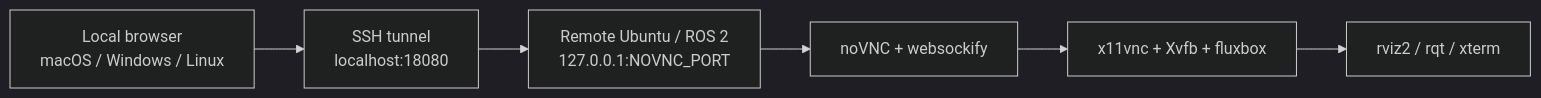
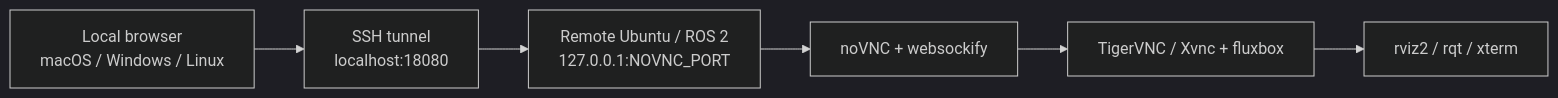
The diagram in README.en.md (lizuju/ros2-web-desktop), drawn with Mermaid (dark theme) before and after one commit. The commit also changed other lines of this file and 9 other files, not shown here.

Commit message:
feat(novnc): switch backend to TigerVNC

````diff
--- a/README.en.md
+++ b/README.en.md
@@ -28,8 +28,8 @@
 ```mermaid
 flowchart LR
   A["Local browser<br/>macOS / Windows / Linux"] --> B["SSH tunnel<br/>localhost:18080"]
   B --> C["Remote Ubuntu / ROS 2<br/>127.0.0.1:NOVNC_PORT"]
   C --> D["noVNC + websockify"]
-  D --> E["x11vnc + Xvfb + fluxbox"]
+  D --> E["TigerVNC / Xvnc + fluxbox"]
   E --> F["rviz2 / rqt / xterm"]
 ```
````
